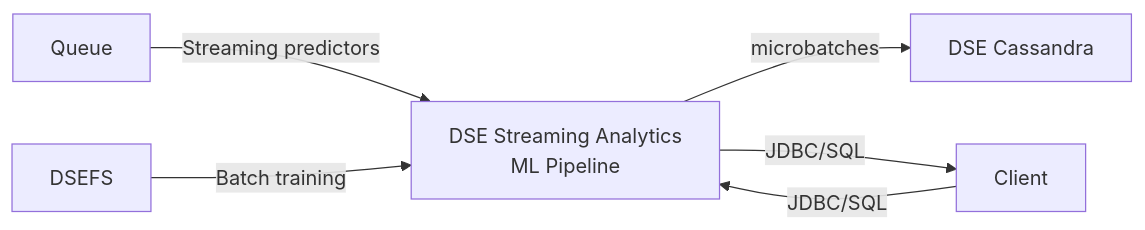
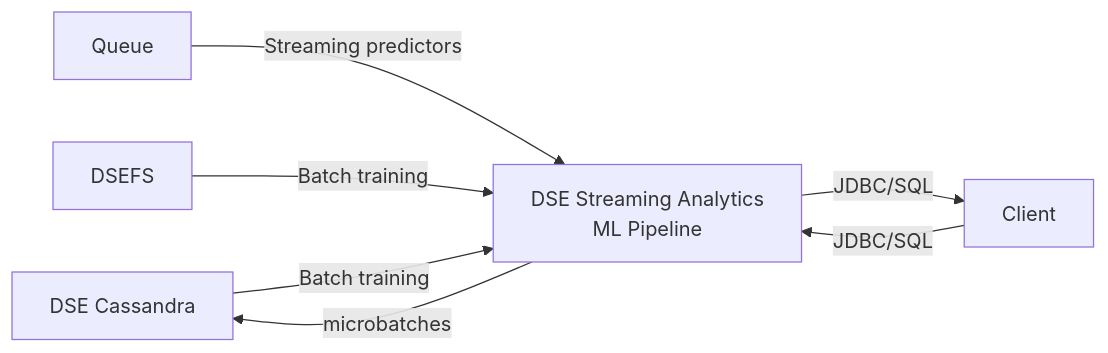
One commit to phact/streaming-ml-product-recommendation changed the diagram in content/20_architecture/architecture.md. Above: the diagram before and after it, drawn with Mermaid. The commit also changed 9 other files, not shown here.

```diff
--- a/content/20_architecture/architecture.md
+++ b/content/20_architecture/architecture.md
@@ -12,9 +12,10 @@
 {{< mermaid >}}
 graph LR
 C["Client"]
 A["Queue"]--"Streaming predictors"-->B["DSE Streaming Analytics <br/>ML Pipeline"]
 B--"microbatches"-->C["DSE Cassandra"]
 B--"JDBC/SQL"-->D["Client"]
 D--"JDBC/SQL"-->B
 E["DSEFS"]--"Batch training"-->B
+C--"Batch training"-->B
 {{< /mermaid >}}
```
